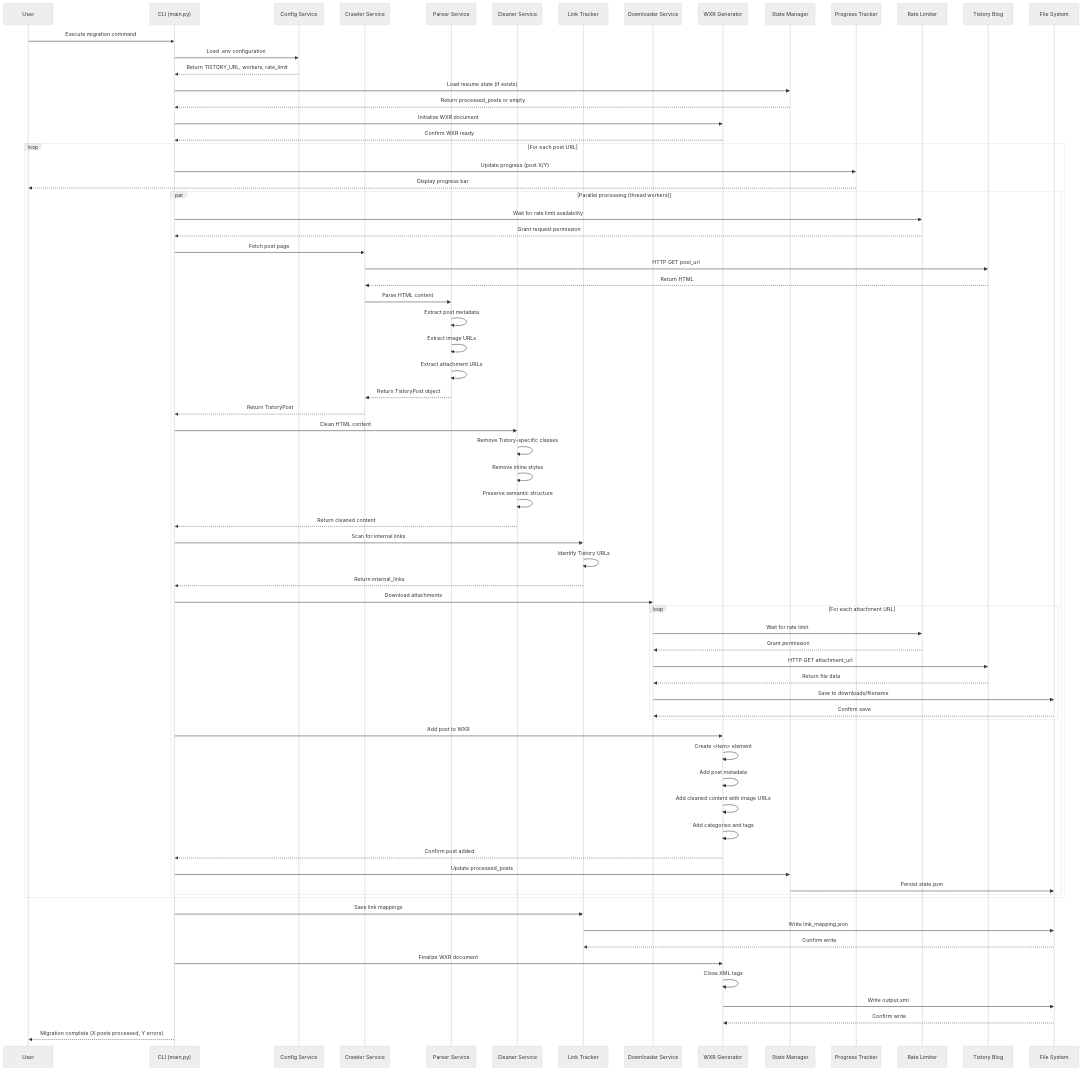
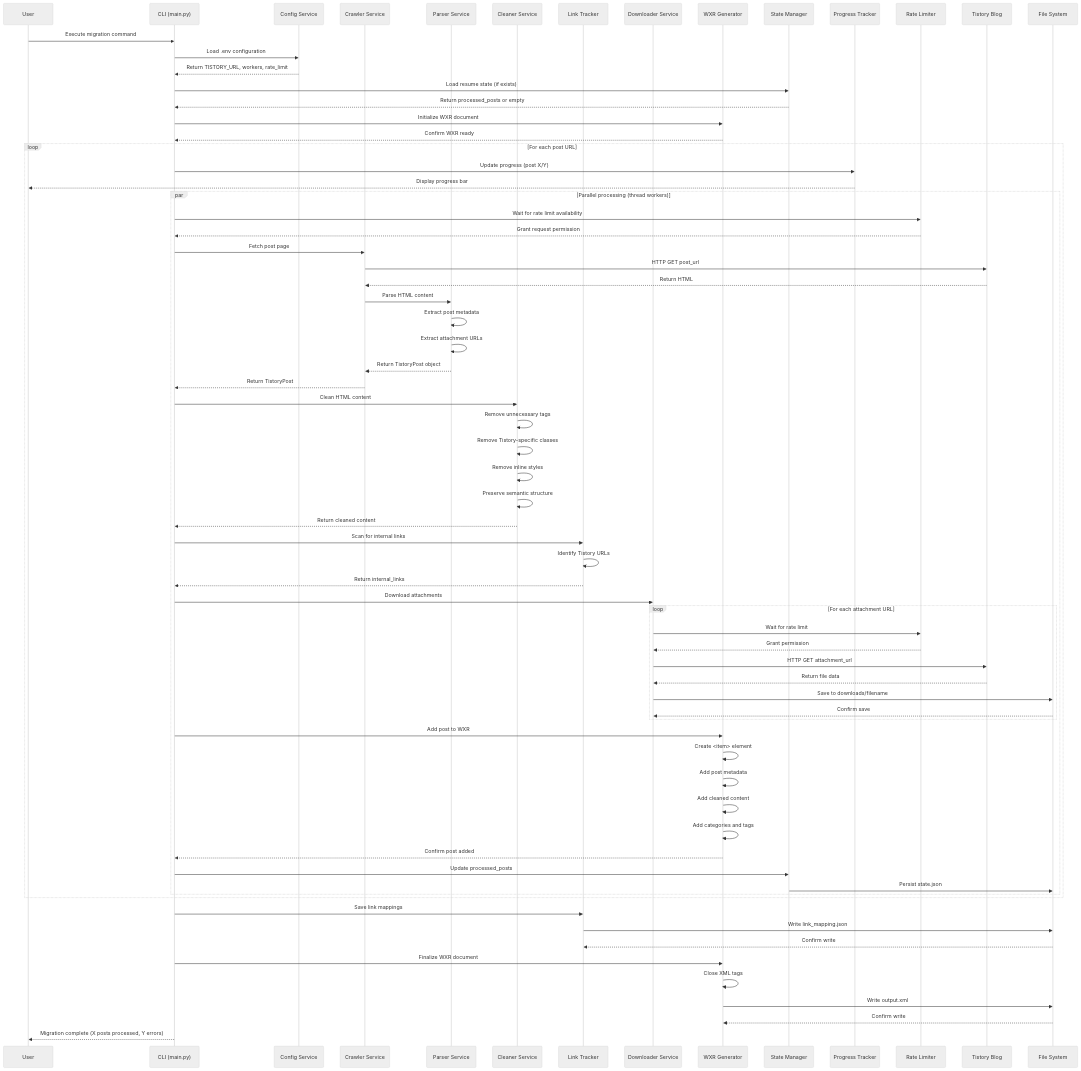
The first of 4 diagrams in specs/002-tistory-wordpress-migration/sequence-diagram.md (ramen4598/Tistory2WordPress), drawn with Mermaid (neutral theme) before and after one commit.

Commit message:
docs: Update sequence diagram to reflect changes in content cleaning and metadata handling

```diff
--- a/specs/002-tistory-wordpress-migration/sequence-diagram.md
+++ b/specs/002-tistory-wordpress-migration/sequence-diagram.md
@@ -44,12 +44,12 @@
             Tistory-->>Crawler: Return HTML
             Crawler->>Parser: Parse HTML content
             Parser->>Parser: Extract post metadata
-            Parser->>Parser: Extract image URLs
             Parser->>Parser: Extract attachment URLs
             Parser-->>Crawler: Return TistoryPost object
             Crawler-->>CLI: Return TistoryPost
 
             CLI->>Cleaner: Clean HTML content
+            Cleaner->>Cleaner: Remove unnecessary tags
             Cleaner->>Cleaner: Remove Tistory-specific classes
             Cleaner->>Cleaner: Remove inline styles
             Cleaner->>Cleaner: Preserve semantic structure
@@ -72,7 +72,7 @@
             CLI->>WXRGen: Add post to WXR
             WXRGen->>WXRGen: Create <item> element
             WXRGen->>WXRGen: Add post metadata
-            WXRGen->>WXRGen: Add cleaned content with image URLs
+            WXRGen->>WXRGen: Add cleaned content
             WXRGen->>WXRGen: Add categories and tags
             WXRGen-->>CLI: Confirm post added
 
```
